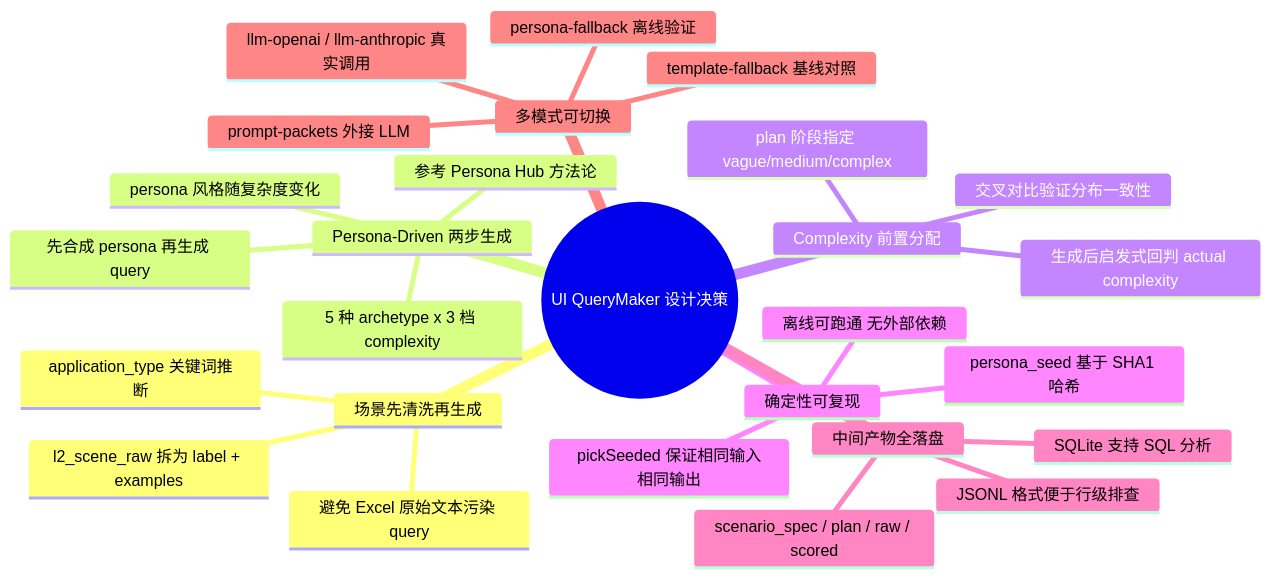
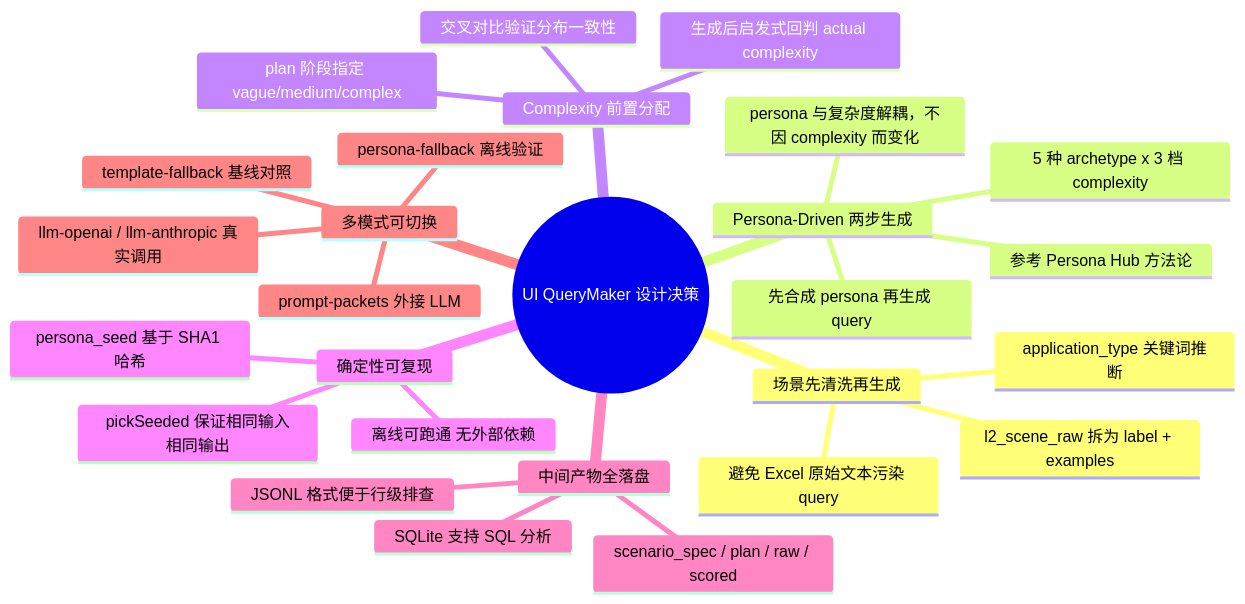
One commit to PlevanTem/queryMaker changed the tenth of 13 diagrams in PAPER_PIPELINE_ARCHITECTURE.md. Above: the diagram before and after it, drawn with Mermaid. The commit also changed other lines of this file and 2 other files, not shown here.

First line of the commit message:
docs: sync architecture docs with constrained-flag and groupIndex changes

````diff
--- a/PAPER_PIPELINE_ARCHITECTURE.md
+++ b/PAPER_PIPELINE_ARCHITECTURE.md
@@ -355,30 +357,30 @@
 ```mermaid
 mindmap
   root((UI QueryMaker 设计决策))
     场景先清洗再生成
       l2_scene_raw 拆为 label + examples
       避免 Excel 原始文本污染 query
       application_type 关键词推断
     Persona-Driven 两步生成
       先合成 persona 再生成 query
       5 种 archetype x 3 档 complexity
-      persona 风格随复杂度变化
+      persona 与复杂度解耦，不因 complexity 而变化
       参考 Persona Hub 方法论
     Complexity 前置分配
       plan 阶段指定 vague/medium/complex
       生成后启发式回判 actual complexity
       交叉对比验证分布一致性
     确定性可复现
       persona_seed 基于 SHA1 哈希
       pickSeeded 保证相同输入相同输出
       离线可跑通 无外部依赖
     中间产物全落盘
       scenario_spec / plan / raw / scored
       JSONL 格式便于行级排查
       SQLite 支持 SQL 分析
     多模式可切换
       persona-fallback 离线验证
       llm-openai / llm-anthropic 真实调用
       template-fallback 基线对照
       prompt-packets 外接 LLM
 ```
````
